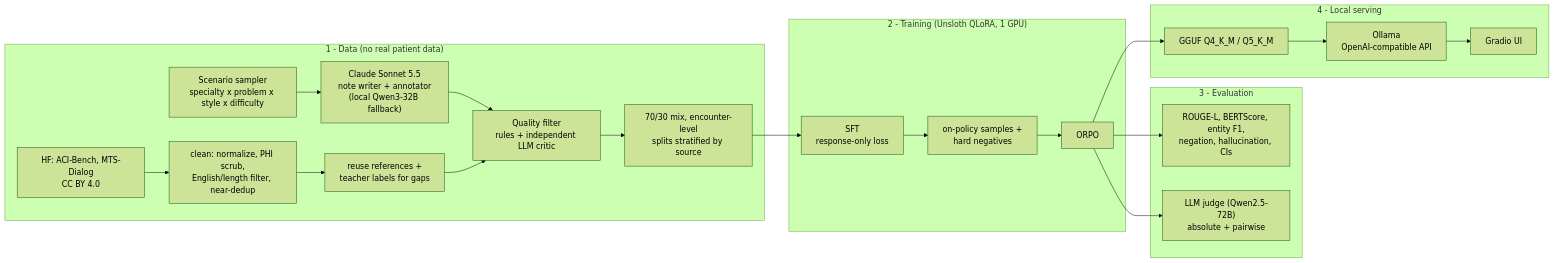
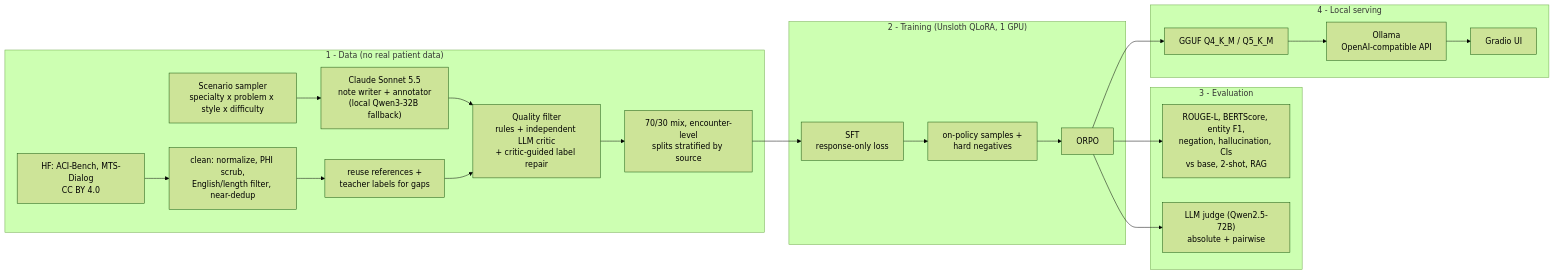
The diagram in README.md (MehranKeivanimehr/LocalClinical-Tuner), drawn with Mermaid (forest theme) before and after one commit. The commit also changed other lines of this file and 32 other files, not shown here.

````diff
--- a/README.md
+++ b/README.md
@@ -202,25 +472,25 @@
 ```mermaid
 flowchart LR
     subgraph DATA["1 - Data (no real patient data)"]
         S["Scenario sampler<br/>specialty x problem x style x difficulty"] --> C["Claude Sonnet 5.5<br/>note writer + annotator<br/>(local Qwen3-32B fallback)"]
         H["HF: ACI-Bench, MTS-Dialog<br/>CC BY 4.0"] --> CL["clean: normalize, PHI scrub,<br/>English/length filter, near-dedup"]
         CL --> LB["reuse references +<br/>teacher labels for gaps"]
-        C --> Q["Quality filter<br/>rules + independent LLM critic"]
+        C --> Q["Quality filter<br/>rules + independent LLM critic<br/>+ critic-guided label repair"]
         LB --> Q
         Q --> SP["70/30 mix, encounter-level<br/>splits stratified by source"]
     end
     subgraph TRAIN["2 - Training (Unsloth QLoRA, 1 GPU)"]
         SP --> SFT["SFT<br/>response-only loss"]
         SFT --> PP["on-policy samples +<br/>hard negatives"]
         PP --> ORPO["ORPO"]
     end
     subgraph EVAL["3 - Evaluation"]
-        ORPO --> M["ROUGE-L, BERTScore, entity F1,<br/>negation, hallucination, CIs"]
+        ORPO --> M["ROUGE-L, BERTScore, entity F1,<br/>negation, hallucination, CIs<br/>vs base, 2-shot, RAG"]
         ORPO --> J["LLM judge (Qwen2.5-72B)<br/>absolute + pairwise"]
     end
     subgraph SERVE["4 - Local serving"]
         ORPO --> G["GGUF Q4_K_M / Q5_K_M"]
         G --> O["Ollama<br/>OpenAI-compatible API"]
         O --> UI["Gradio UI"]
     end
 ```
````
